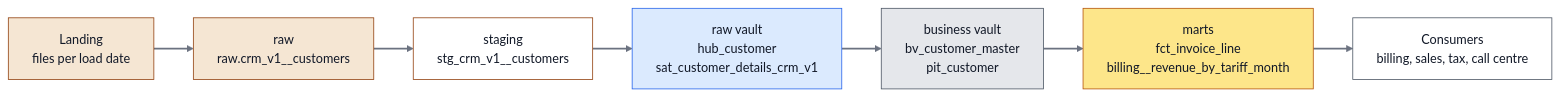
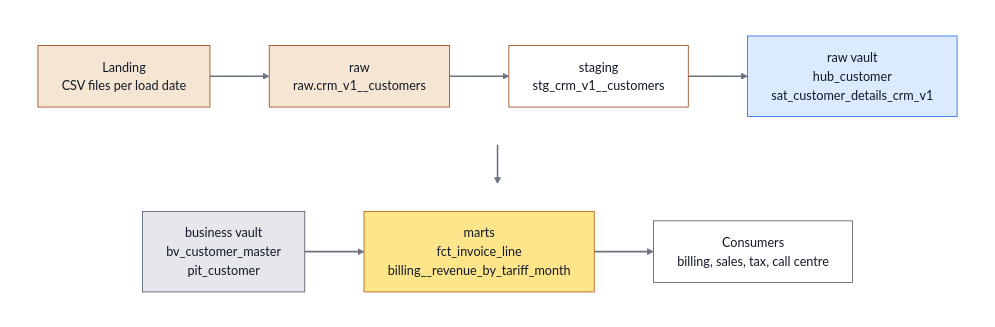
The first of 5 diagrams in README.md (aglivin/vault-lakehouse-migration), drawn with Mermaid (forest theme) before and after one commit. The commit also changed other lines of this file and 3 other files, not shown here.

Commit message:
docs: draw.io vault and timeline diagrams, two-row data flow

````diff
--- a/README.md
+++ b/README.md
@@ -27,17 +27,27 @@
 ```mermaid
-flowchart LR
-    LAND["Landing<br/>files per load date"] --> RAWT["raw<br/>raw.crm_v1__customers"] --> STG["staging<br/>stg_crm_v1__customers"] --> RV["raw vault<br/>hub_customer<br/>sat_customer_details_crm_v1"] --> BV["business vault<br/>bv_customer_master<br/>pit_customer"] --> MT["marts<br/>fct_invoice_line<br/>billing__revenue_by_tariff_month"] --> CONS["Consumers<br/>billing, sales, tax, call centre"]
+flowchart TB
+    subgraph R1[" "]
+        direction LR
+        LAND["Landing<br/>CSV files per load date"] --> RAWT["raw<br/>raw.crm_v1__customers"] --> STG["staging<br/>stg_crm_v1__customers"] --> RV["raw vault<br/>hub_customer<br/>sat_customer_details_crm_v1"]
+    end
+    subgraph R2[" "]
+        direction LR
+        BV["business vault<br/>bv_customer_master<br/>pit_customer"] --> MT["marts<br/>fct_invoice_line<br/>billing__revenue_by_tariff_month"] --> CONS["Consumers<br/>billing, sales, tax, call centre"]
+    end
+    RV --> BV
     classDef raw fill:#f5e6d3,stroke:#92400e,color:#111827
     classDef stg fill:#ffffff,stroke:#92400e,color:#111827
     classDef hub fill:#dbeafe,stroke:#2563eb,color:#111827
     classDef bv fill:#e5e7eb,stroke:#4b5563,color:#111827
     classDef mart fill:#fde68a,stroke:#b45309,color:#111827
     classDef user fill:#ffffff,stroke:#4b5563,color:#111827
     class LAND,RAWT raw
     class STG stg
     class RV hub
     class BV bv
     class MT mart
     class CONS user
+    style R1 fill:#ffffff,stroke:#ffffff
+    style R2 fill:#ffffff,stroke:#ffffff
     linkStyle default stroke:#6b7280,stroke-width:2px
 ```
````
